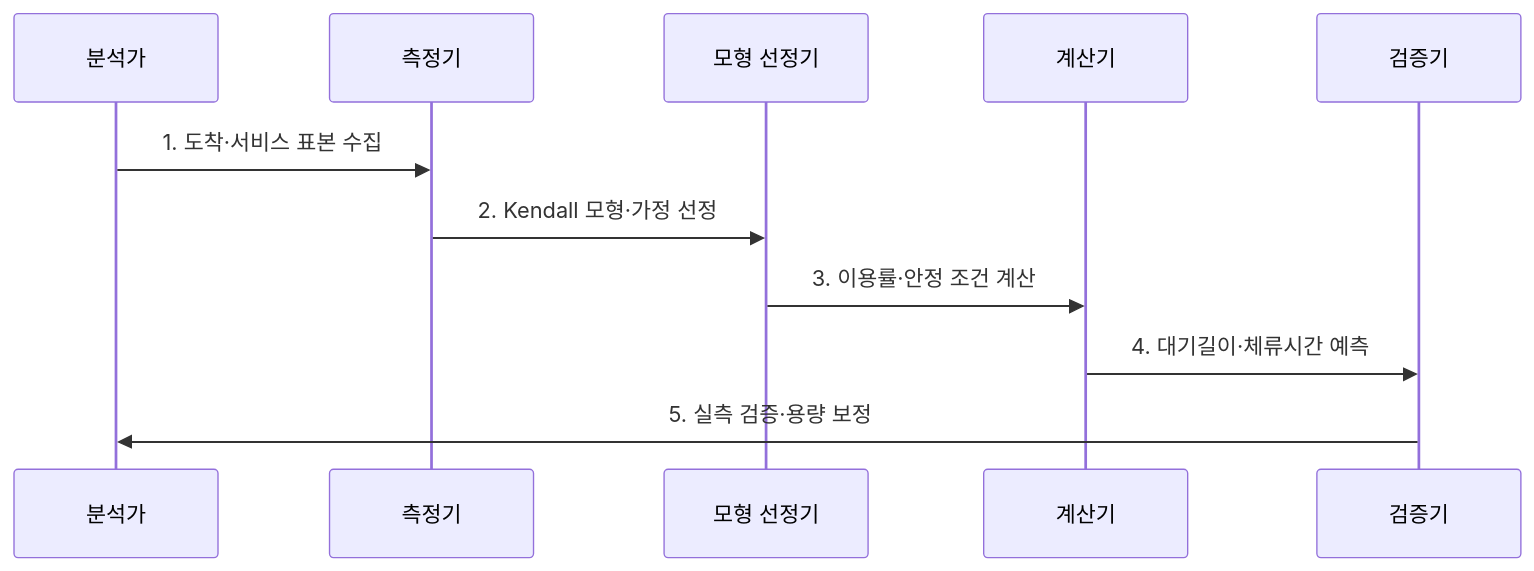
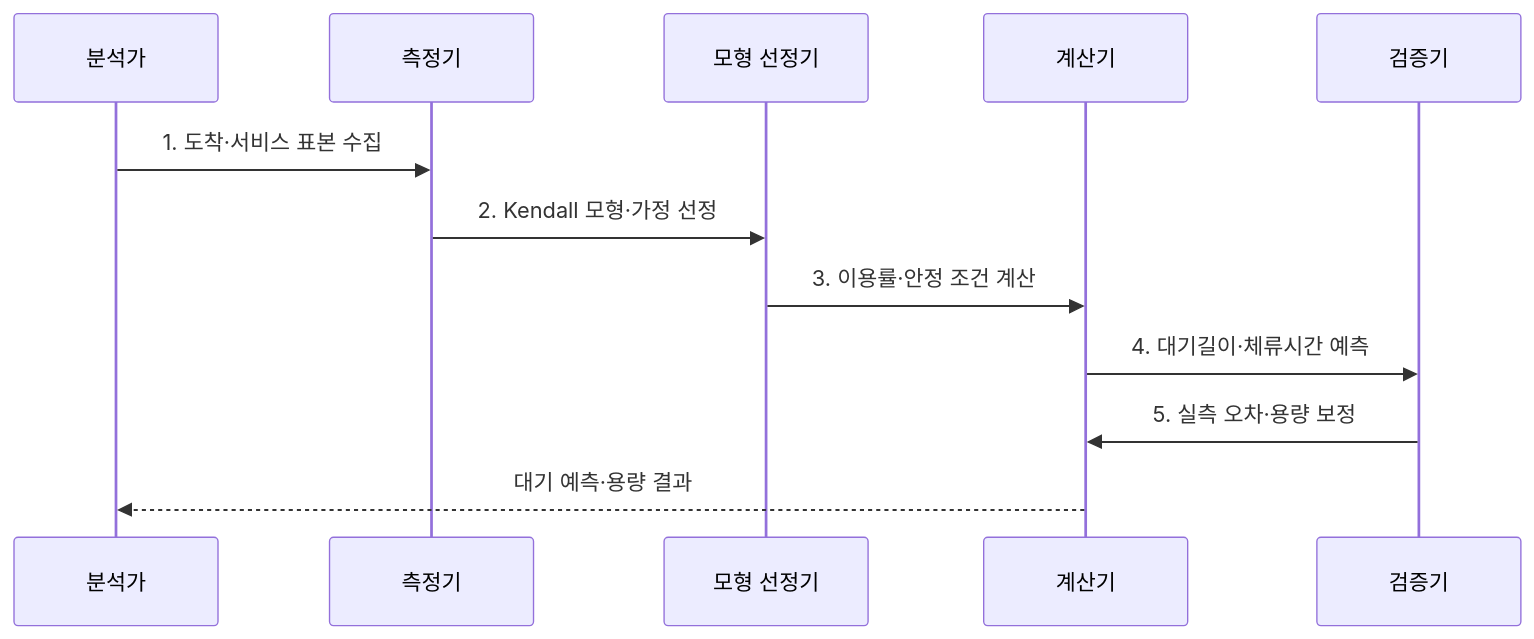
The second of 2 diagrams in src/content/docs/notes/06-evaluation/003_queuing_theory.md (agnusdei1207/knowledge-base), drawn with Mermaid before and after one commit. The commit also changed other lines of this file and 20 other files, not shown here.

````diff
--- a/src/content/docs/notes/06-evaluation/003_queuing_theory.md
+++ b/src/content/docs/notes/06-evaluation/003_queuing_theory.md
@@ -81,13 +81,14 @@
 ```mermaid
 sequenceDiagram
   participant A as 분석가
   participant M as 측정기
   participant Q as 모형 선정기
   participant C as 계산기
   participant V as 검증기
   A->>M: 1. 도착·서비스 표본 수집
   M->>Q: 2. Kendall 모형·가정 선정
   Q->>C: 3. 이용률·안정 조건 계산
   C->>V: 4. 대기길이·체류시간 예측
-  V->>A: 5. 실측 검증·용량 보정
+  V->>C: 5. 실측 오차·용량 보정
+  C-->>A: 대기 예측·용량 결과
 ```
````
